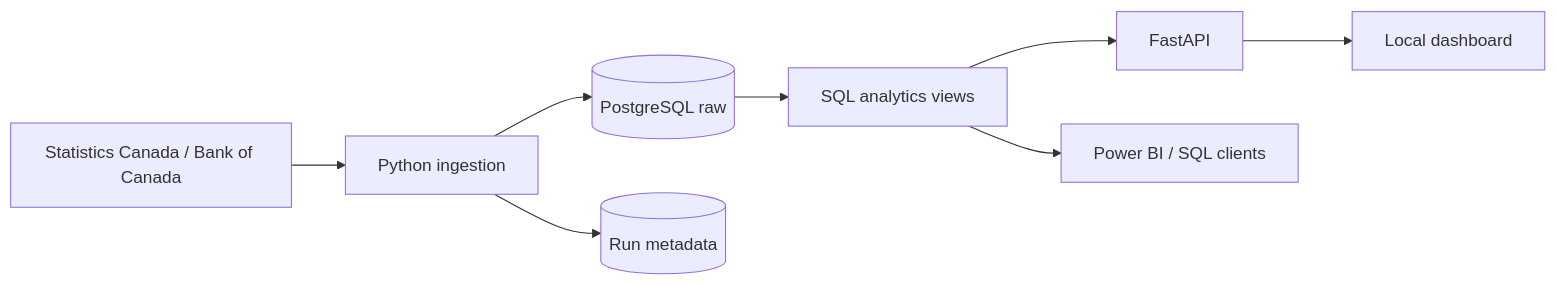
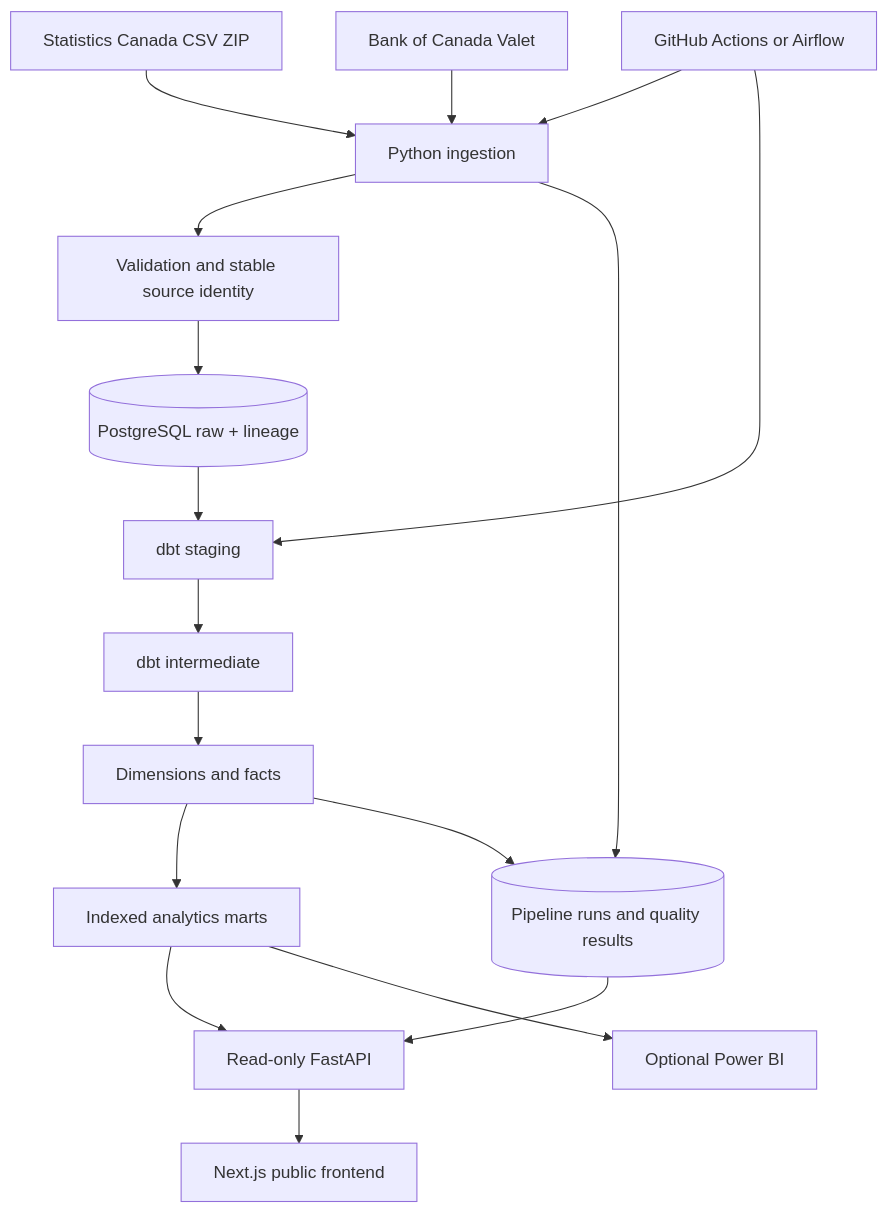
Before and after one commit to sarbzcode/CanadaPulse: the diagram in README.md, drawn with Mermaid. The commit also changed other lines of this file and 120 other files, not shown here.

Commit message:
Build tested dbt warehouse and public CanadaPulse platform

````diff
--- a/README.md
+++ b/README.md
@@ -40,10 +45,19 @@
 ```mermaid
-flowchart LR
-    sources[Statistics Canada / Bank of Canada] --> python[Python ingestion]
-    python --> raw[(PostgreSQL raw)]
-    python --> metadata[(Run metadata)]
-    raw --> views[SQL analytics views]
-    views --> api[FastAPI]
-    api --> dashboard[Local dashboard]
-    views --> bi[Power BI / SQL clients]
+flowchart TD
+    A[Statistics Canada CSV ZIP] --> C[Python ingestion]
+    B[Bank of Canada Valet] --> C
+    C --> D[Validation and stable source identity]
+    D --> E[(PostgreSQL raw + lineage)]
+    E --> F[dbt staging]
+    F --> G[dbt intermediate]
+    G --> H[Dimensions and facts]
+    H --> I[Indexed analytics marts]
+    I --> J[Read-only FastAPI]
+    J --> K[Next.js public frontend]
+    I --> P[Optional Power BI]
+    L[GitHub Actions or Airflow] --> C
+    L --> F
+    C --> M[(Pipeline runs and quality results)]
+    H --> M
+    M --> J
 ```
````
